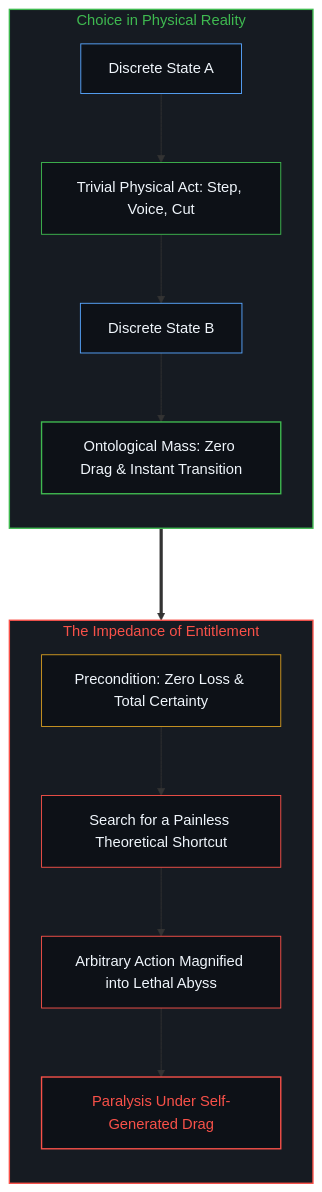
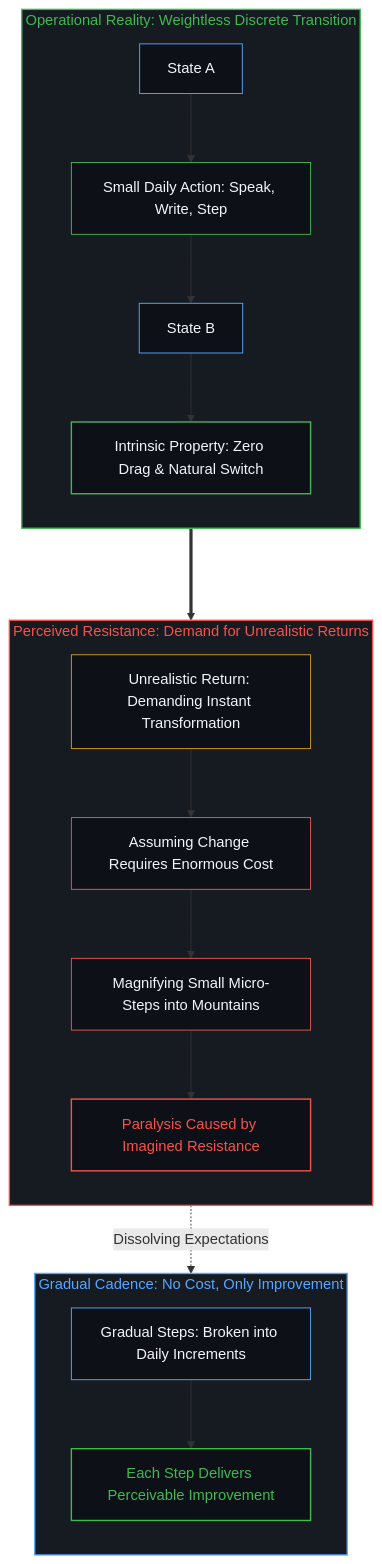
Before and after one commit to powerpig99/not-a-toe: the fourth of 10 diagrams in content/posts/choice-itself-has-no-inherent-weight.md, drawn with Mermaid. The commit also changed other lines of this file and 4 other files, not shown here.

Commit message:
Purge hardness framing: choice has zero cost when gradual; only perceivable improvement

````diff
--- a/content/posts/choice-itself-has-no-inherent-weight.md
+++ b/content/posts/choice-itself-has-no-inherent-weight.md
@@ -119,29 +128,38 @@
 ```mermaid
 graph TD
-    subgraph S_Physics_EN ["Choice in Physical Reality"]
+    subgraph S_Physics_EN ["Operational Reality: Weightless Discrete Transition"]
         direction TB
-        PE_State["Discrete State A"] --> PE_Act["Trivial Physical Act: Step, Voice, Cut"]
-        PE_Act --> PE_Next["Discrete State B"]
-        PE_Next --> PE_Weightless["Ontological Mass: Zero Drag & Instant Transition"]
+        PE_State["State A"] --> PE_Act["Small Daily Action: Speak, Write, Step"]
+        PE_Act --> PE_Next["State B"]
+        PE_Next --> PE_Weightless["Intrinsic Property: Zero Drag & Natural Switch"]
     end
 
-    subgraph S_Psychology_EN ["The Impedance of Entitlement"]
+    subgraph S_Psychology_EN ["Perceived Resistance: Demand for Unrealistic Returns"]
         direction TB
-        ME_Demand["Precondition: Zero Loss & Total Certainty"] --> ME_Fantasy["Search for a Painless Theoretical Shortcut"]
-        ME_Fantasy --> ME_Amplifier["Arbitrary Action Magnified into Lethal Abyss"]
-        ME_Amplifier --> ME_Crushed["Paralysis Under Self-Generated Drag"]
+        ME_Demand["Unrealistic Return: Demanding Instant Transformation"] --> ME_Fantasy["Assuming Change Requires Enormous Cost"]
+        ME_Fantasy --> ME_Amplifier["Magnifying Small Micro-Steps into Mountains"]
+        ME_Amplifier --> ME_Crushed["Paralysis Caused by Imagined Resistance"]
+    end
+
+    subgraph S_Reality_EN ["Gradual Cadence: No Cost, Only Improvement"]
+        direction TB
+        RE_Step["Gradual Steps: Broken into Daily Increments"] --> RE_Improve["Each Step Delivers Perceivable Improvement"]
     end
 
     PE_Act ===> ME_Demand
+    ME_Demand -.->|Dissolving Expectations| RE_Step
 
     style S_Physics_EN fill:#161b22,stroke:#3fb950,stroke-width:1.5px,color:#3fb950
     style S_Psychology_EN fill:#161b22,stroke:#f85149,stroke-width:1.5px,color:#f85149
+    style S_Reality_EN fill:#161b22,stroke:#58a6ff,stroke-width:1.5px,color:#58a6ff
     style PE_State fill:#0d1117,stroke:#58a6ff,stroke-width:1px,color:#f0f6fc
     style PE_Act fill:#0d1117,stroke:#3fb950,stroke-width:1px,color:#f0f6fc
     style PE_Next fill:#0d1117,stroke:#58a6ff,stroke-width:1px,color:#f0f6fc
     style PE_Weightless fill:#0d1117,stroke:#3fb950,stroke-width:1.5px,color:#f0f6fc
     style ME_Demand fill:#0d1117,stroke:#d29922,stroke-width:1px,color:#f0f6fc
     style ME_Fantasy fill:#0d1117,stroke:#f85149,stroke-width:1px,color:#f0f6fc
     style ME_Amplifier fill:#0d1117,stroke:#f85149,stroke-width:1px,color:#f0f6fc
     style ME_Crushed fill:#0d1117,stroke:#f85149,stroke-width:1.5px,color:#f85149
+    style RE_Step fill:#0d1117,stroke:#58a6ff,stroke-width:1px,color:#f0f6fc
+    style RE_Improve fill:#0d1117,stroke:#3fb950,stroke-width:1.5px,color:#3fb950
 ```
````
